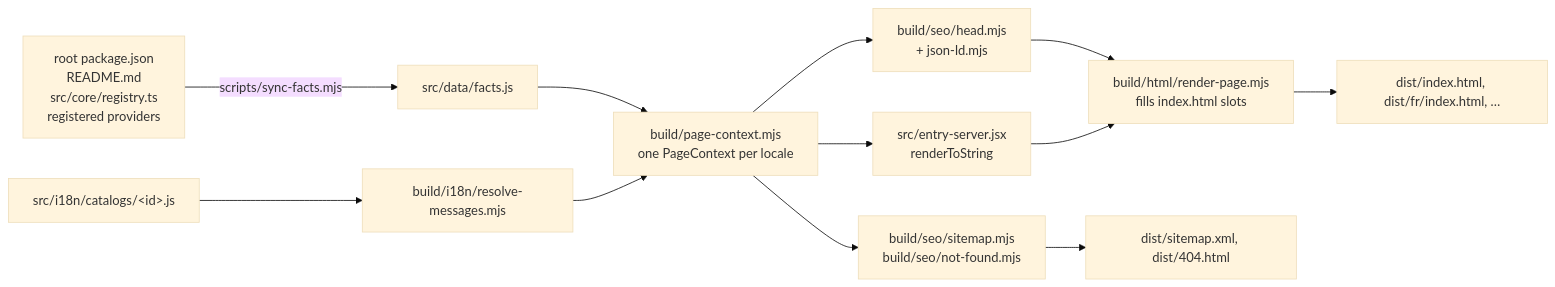
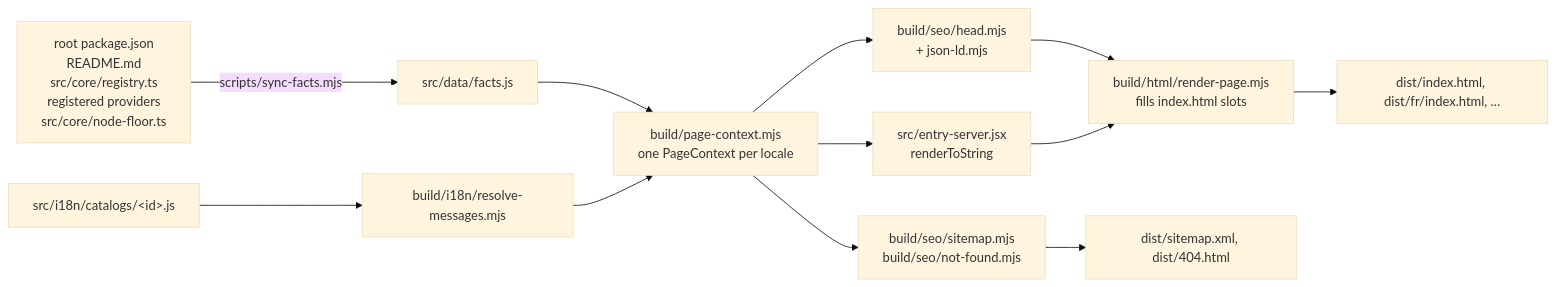
One commit to LINDECKER-Charles/gup changed the diagram in docs/development/website.md. Above: the diagram before and after it, drawn with Mermaid (base theme). The commit also changed other lines of this file and 6 other files, not shown here.

First line of the commit message:
refactor(landing): read the Node floor from src/core/node-floor.ts

````diff
--- a/docs/development/website.md
+++ b/docs/development/website.md
@@ -23,14 +23,14 @@
 ```mermaid
 flowchart LR
-  F["root package.json<br/>README.md<br/>src/core/registry.ts<br/>registered providers"] -->|scripts/sync-facts.mjs| FA["src/data/facts.js"]
+  F["root package.json<br/>README.md<br/>src/core/registry.ts<br/>registered providers<br/>src/core/node-floor.ts"] -->|scripts/sync-facts.mjs| FA["src/data/facts.js"]
   C["src/i18n/catalogs/&lt;id&gt;.js"] --> R["build/i18n/resolve-messages.mjs"]
   FA --> P["build/page-context.mjs<br/>one PageContext per locale"]
   R --> P
   P --> H["build/seo/head.mjs<br/>+ json-ld.mjs"]
   P --> S["src/entry-server.jsx<br/>renderToString"]
   P --> X["build/seo/sitemap.mjs<br/>build/seo/not-found.mjs"]
   H --> T["build/html/render-page.mjs<br/>fills index.html slots"]
   S --> T
   T --> D["dist/index.html, dist/fr/index.html, …"]
   X --> D2["dist/sitemap.xml, dist/404.html"]
 ```
````
